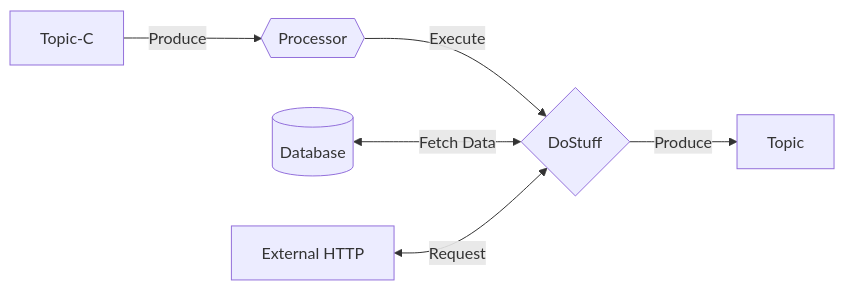
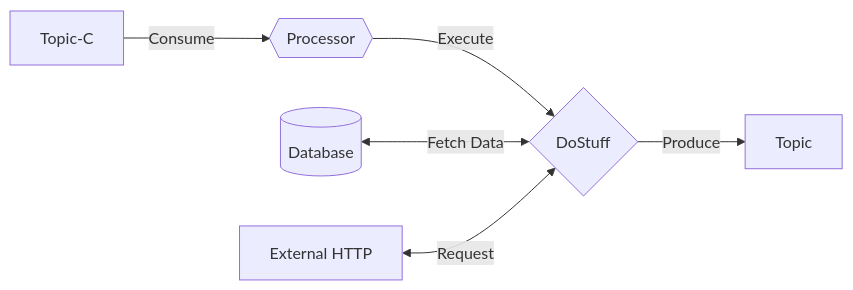
One commit to pmdevers/MinimalKafka changed the third of 5 diagrams in README.md. Above: the diagram before and after it, drawn with Mermaid. The commit also changed other lines of this file, not shown here.

````diff
--- a/README.md
+++ b/README.md
@@ -112,8 +112,8 @@
 ```mermaid
 flowchart LR
-    A[Topic-C] -->|Produce| B
+    A[Topic-C] -->|Consume| B
     B{{Processor}} --> |Execute| C
     D[(Database)] <--> |Fetch Data| C
     E[External HTTP] <-->|Request| C
     C{DoStuff} -->|Produce| F[Topic]
 ```
````
